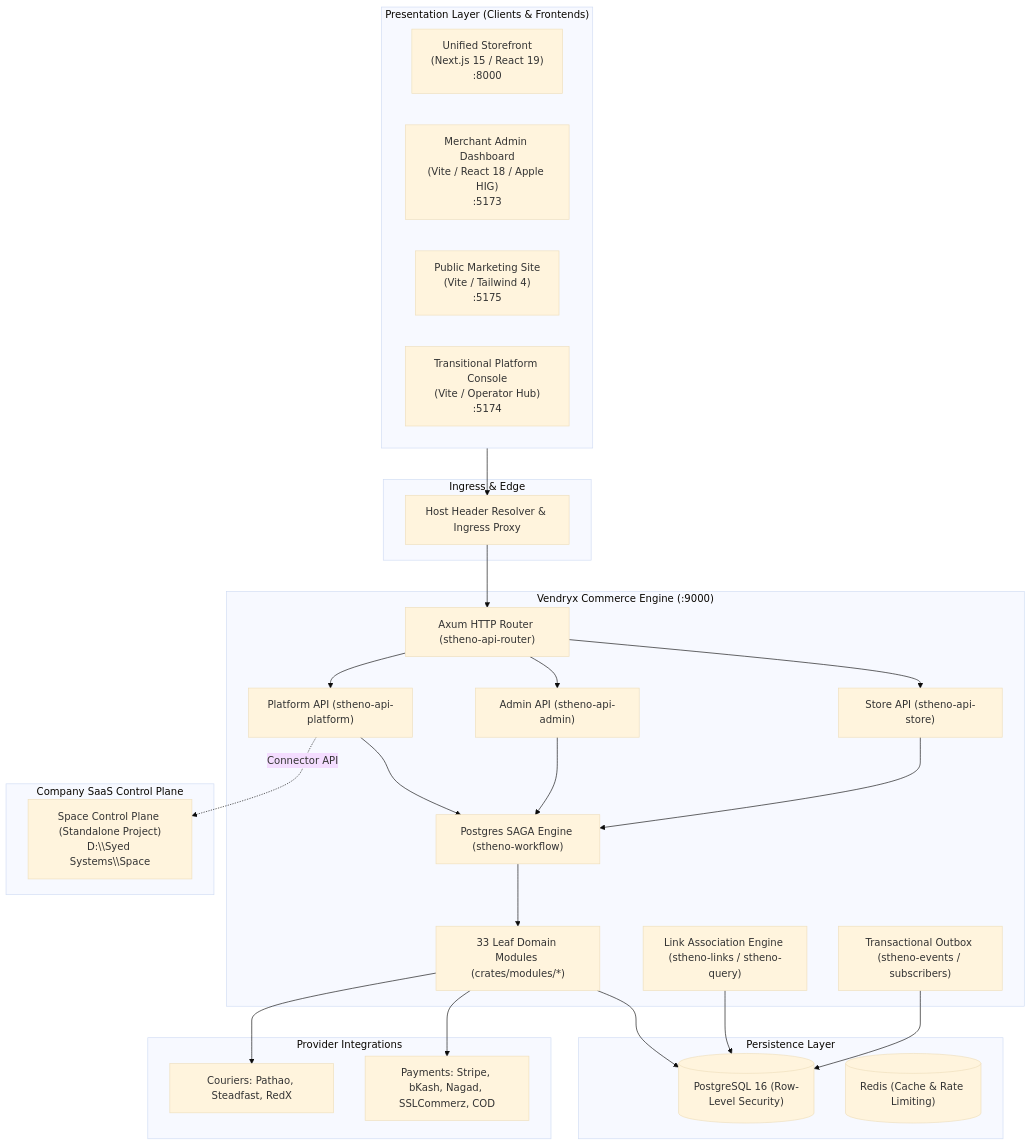
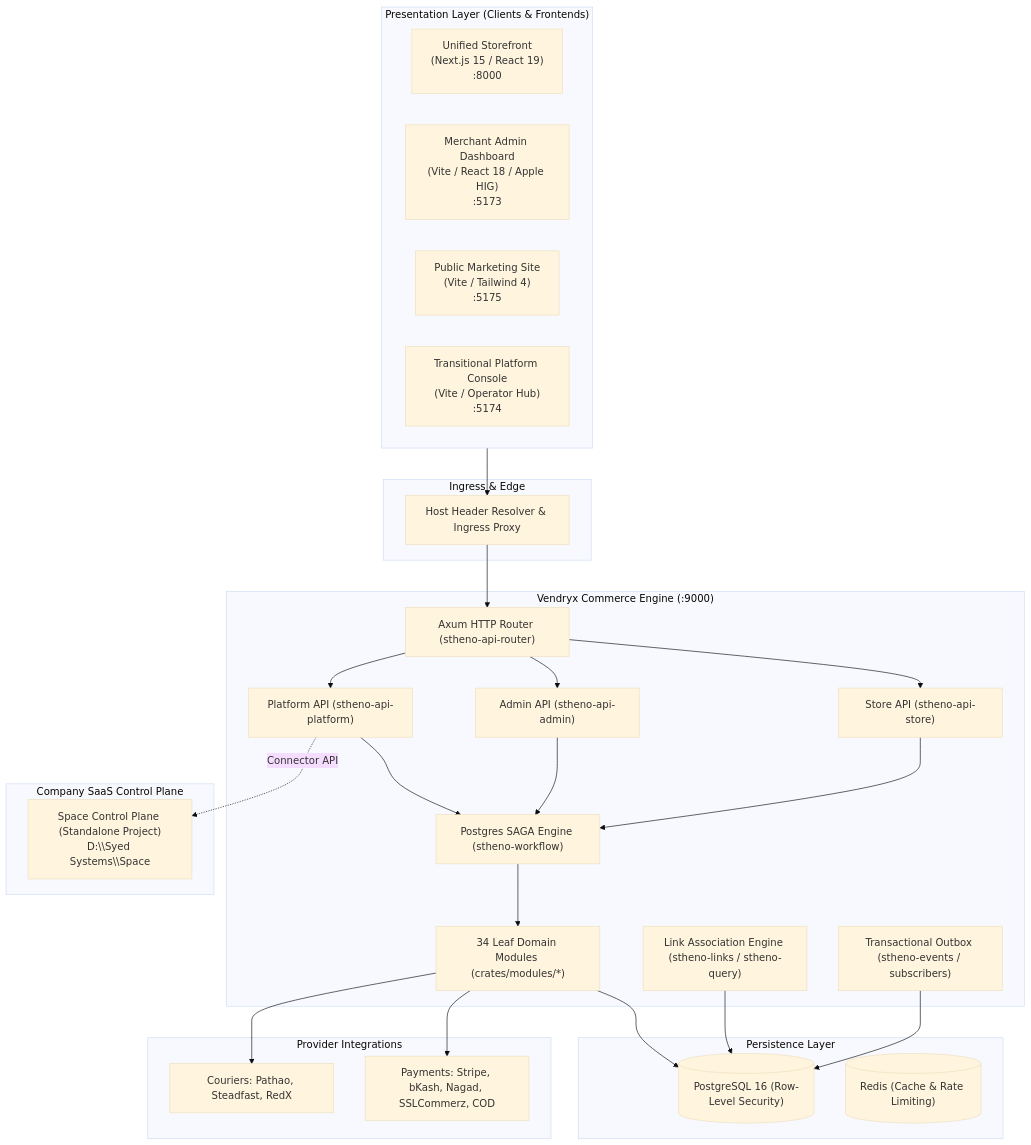
One commit to Syed-Systems/vendryx-commerce changed the diagram in README.md. Above: the diagram before and after it, drawn with Mermaid (base theme). The commit also changed other lines of this file and 155 other files, not shown here.

````diff
--- a/README.md
+++ b/README.md
@@ -29,57 +29,57 @@
 ```mermaid
 flowchart TD
     subgraph Clients["Presentation Layer (Clients & Frontends)"]
         SF["Unified Storefront<br/>(Next.js 15 / React 19)<br/>:8000"]
         ADM["Merchant Admin Dashboard<br/>(Vite / React 18 / Apple HIG)<br/>:5173"]
         MKT["Public Marketing Site<br/>(Vite / Tailwind 4)<br/>:5175"]
         PLT["Transitional Platform Console<br/>(Vite / Operator Hub)<br/>:5174"]
     end
 
     subgraph Ingress["Ingress & Edge"]
         PROXY["Host Header Resolver & Ingress Proxy"]
     end
 
     subgraph CoreEngine["Vendryx Commerce Engine (:9000)"]
         ROUTER["Axum HTTP Router (stheno-api-router)"]
         API_STORE["Store API (stheno-api-store)"]
         API_ADMIN["Admin API (stheno-api-admin)"]
         API_PLATFORM["Platform API (stheno-api-platform)"]
         
         SAGA["Postgres SAGA Engine (stheno-workflow)"]
-        MODULES["33 Leaf Domain Modules (crates/modules/*)"]
+        MODULES["34 Leaf Domain Modules (crates/modules/*)"]
         LINKS["Link Association Engine (stheno-links / stheno-query)"]
         OUTBOX["Transactional Outbox (stheno-events / subscribers)"]
     end
 
     subgraph Providers["Provider Integrations"]
         PG["Payments: Stripe, bKash, Nagad, SSLCommerz, COD"]
         CR["Couriers: Pathao, Steadfast, RedX"]
     end
 
     subgraph Storage["Persistence Layer"]
         PGDB[("PostgreSQL 16 (Row-Level Security)")]
         REDIS[("Redis (Cache & Rate Limiting)")]
     end
 
     subgraph External["Company SaaS Control Plane"]
         SPACE["Space Control Plane (Standalone Project)<br/>D:\\Syed Systems\\Space"]
     end
 
     Clients --> PROXY
     PROXY --> ROUTER
     ROUTER --> API_STORE
     ROUTER --> API_ADMIN
     ROUTER --> API_PLATFORM
     
     API_STORE --> SAGA
     API_ADMIN --> SAGA
     API_PLATFORM --> SAGA
     
     SAGA --> MODULES
     MODULES --> PGDB
     MODULES --> PG
     MODULES --> CR
     LINKS --> PGDB
     OUTBOX --> PGDB
     API_PLATFORM -.->|Connector API| SPACE
 ```
````
